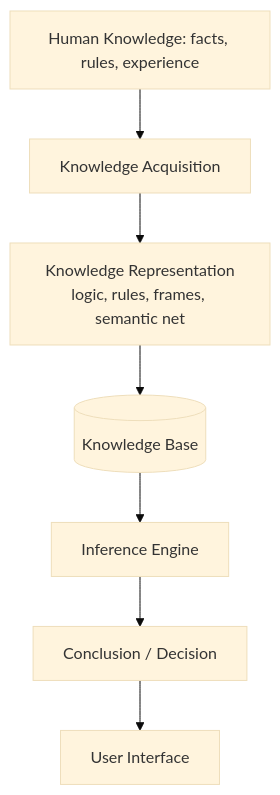
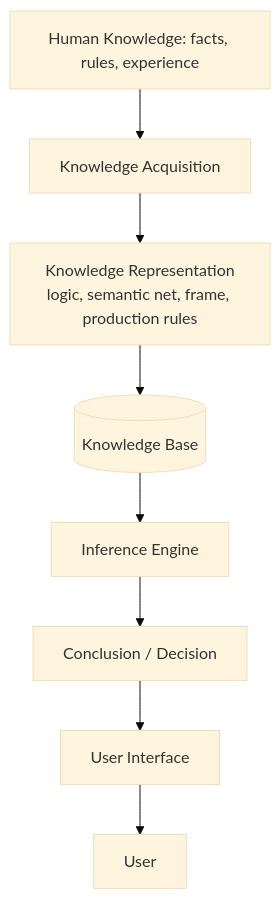
One commit to daihan054/Govt-it-question-bank-last-16-years-compact-it changed the first of 9 diagrams in written-answers/ai-and-ml.md. Above: the diagram before and after it, drawn with Mermaid (base theme). The commit also changed other lines of this file and 1 other file, not shown here.

````diff
--- a/written-answers/ai-and-ml.md
+++ b/written-answers/ai-and-ml.md
@@ -99,9 +155,10 @@
    ```mermaid
    graph TD
        A[Human Knowledge: facts, rules, experience] --> B[Knowledge Acquisition]
-       B --> C[Knowledge Representation<br/>logic, rules, frames, semantic net]
+       B --> C[Knowledge Representation<br/>logic, semantic net, frame, production rules]
        C --> D[(Knowledge Base)]
        D --> E[Inference Engine]
        E --> F[Conclusion / Decision]
        F --> G[User Interface]
+       G --> H[User]
    ```
````
